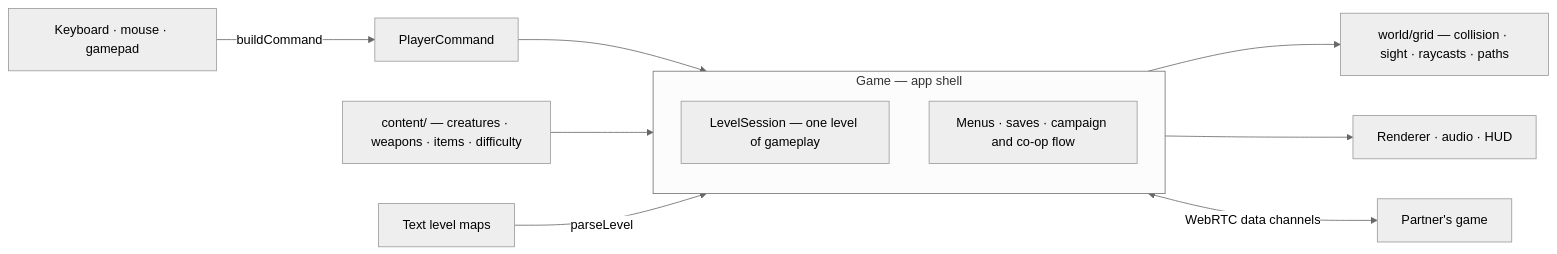
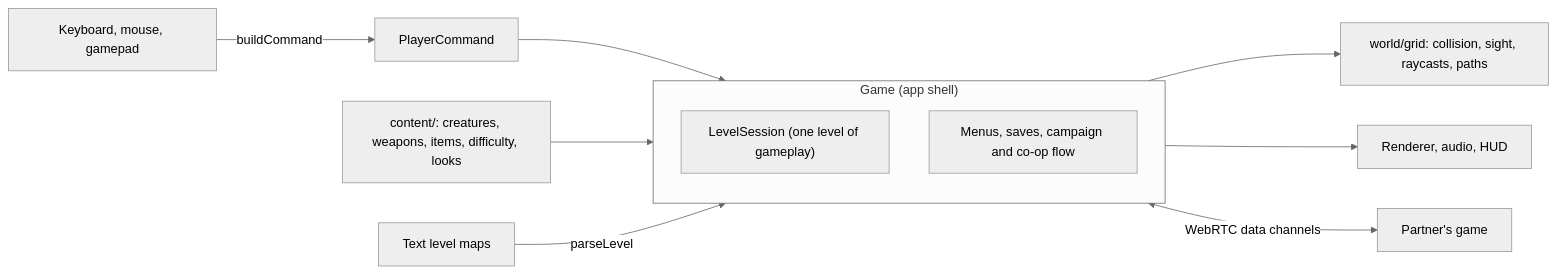
The first of 2 diagrams in README.md (nurmuhammedkanybekov/remnant), drawn with Mermaid (neutral theme) before and after one commit. The commit also changed other lines of this file and 11 other files, not shown here.

First line of the commit message:
README restructured; docs for Aizi, the inventory, character looks and creatures

````diff
--- a/README.md
+++ b/README.md
@@ -248,15 +280,15 @@
 ```mermaid
 flowchart LR
-    Input["Keyboard · mouse · gamepad"] -- buildCommand --> Cmd["PlayerCommand"]
+    Input["Keyboard, mouse, gamepad"] -- buildCommand --> Cmd["PlayerCommand"]
     Cmd --> Session
-    subgraph Game["Game — app shell"]
+    subgraph Game["Game (app shell)"]
         direction TB
-        Menus["Menus · saves · campaign and co-op flow"]
-        Session["LevelSession — one level of gameplay"]
+        Menus["Menus, saves, campaign and co-op flow"]
+        Session["LevelSession (one level of gameplay)"]
     end
-    Content["content/ — creatures · weapons · items · difficulty"] --> Session
+    Content["content/: creatures, weapons, items, difficulty, looks"] --> Session
     Levels["Text level maps"] -- parseLevel --> Session
-    Session --> World["world/grid — collision · sight · raycasts · paths"]
-    Session --> Services["Renderer · audio · HUD"]
+    Session --> World["world/grid: collision, sight, raycasts, paths"]
+    Session --> Services["Renderer, audio, HUD"]
     Session <-- "WebRTC data channels" --> Partner["Partner's game"]
 ```
````
